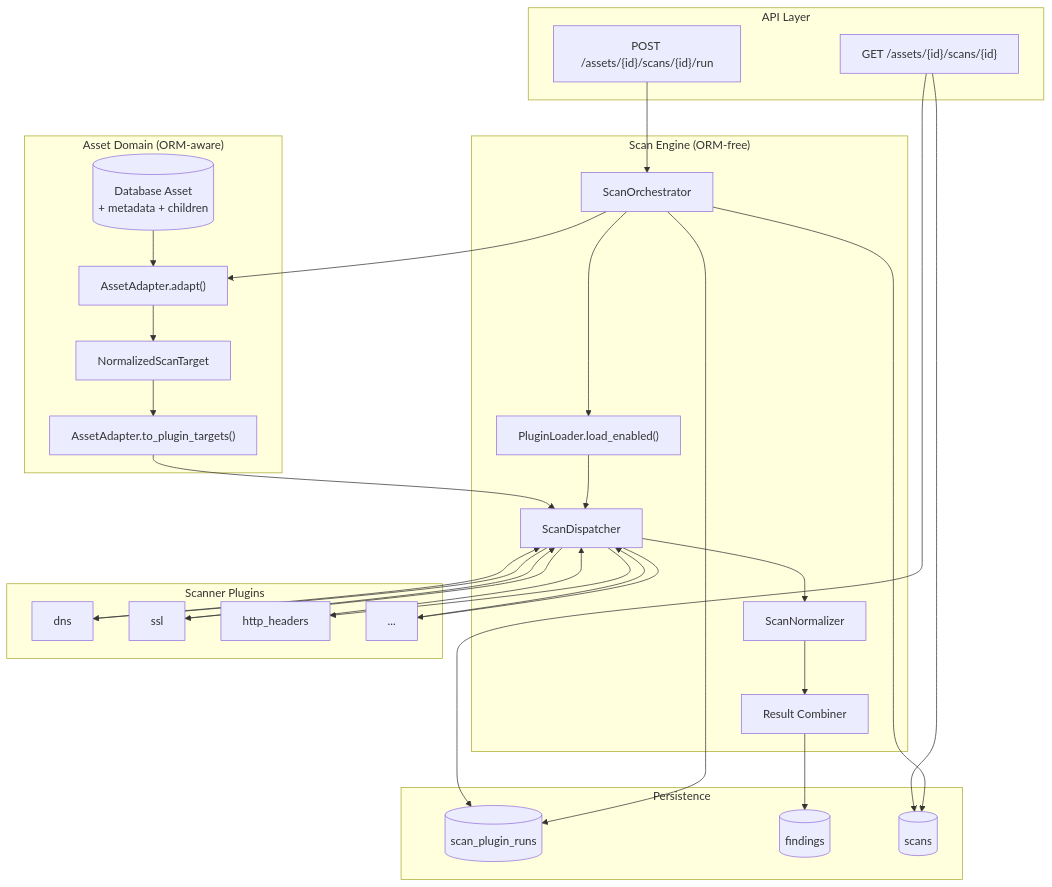
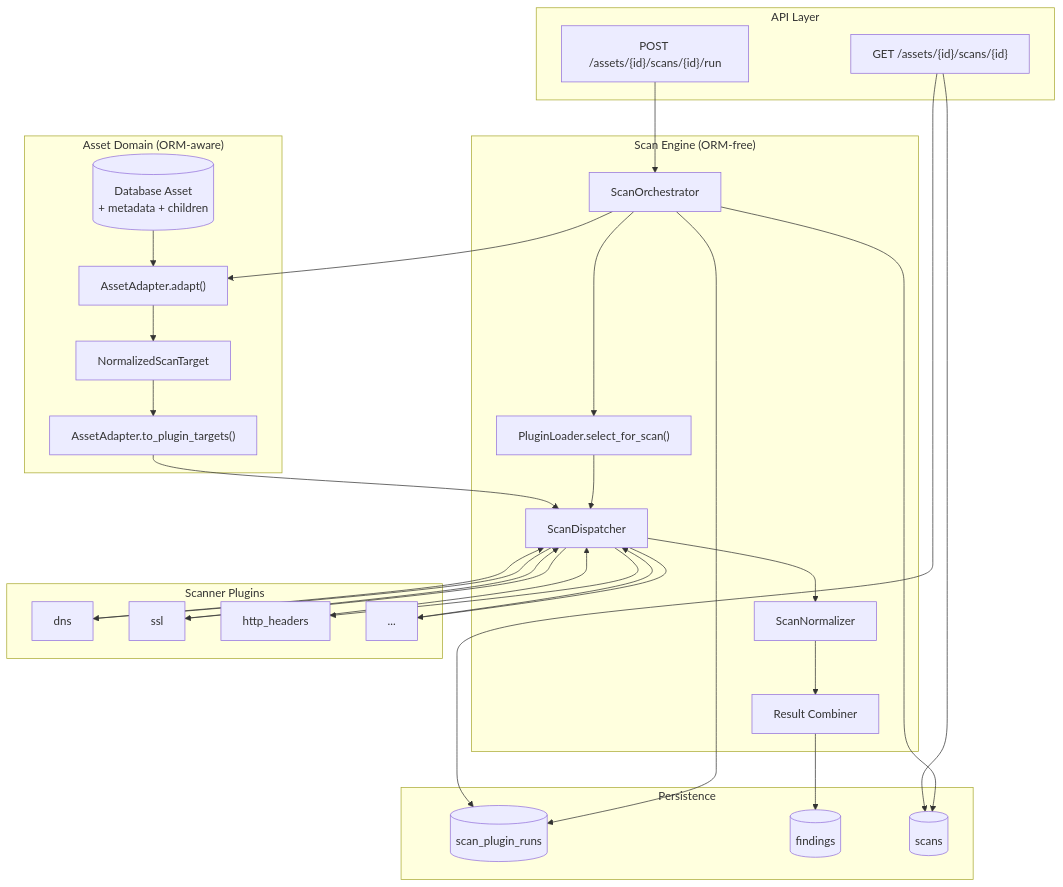
One commit to notjiji/Sandbox changed the first of 6 diagrams in docs/scan-engine.md. Above: the diagram before and after it, drawn with Mermaid. The commit also changed other lines of this file and 15 other files, not shown here.

````diff
--- a/docs/scan-engine.md
+++ b/docs/scan-engine.md
@@ -37,49 +37,49 @@
 ```mermaid
 flowchart TB
     subgraph API["API Layer"]
         RUN["POST /assets/{id}/scans/{id}/run"]
         GET["GET /assets/{id}/scans/{id}"]
     end
 
     subgraph AssetDomain["Asset Domain (ORM-aware)"]
         DB[("Database Asset\n+ metadata + children")]
         ADAPT["AssetAdapter.adapt()"]
         NORM["NormalizedScanTarget"]
         FLAT["AssetAdapter.to_plugin_targets()"]
     end
 
     subgraph ScanEngine["Scan Engine (ORM-free)"]
         ORCH["ScanOrchestrator"]
-        LOAD["PluginLoader.load_enabled()"]
+        LOAD["PluginLoader.select_for_scan()"]
         DISP["ScanDispatcher"]
         NORMF["ScanNormalizer"]
         COMB["Result Combiner"]
     end
 
     subgraph Plugins["Scanner Plugins"]
         P1["dns"]
         P2["ssl"]
         P3["http_headers"]
         P4["..."]
     end
 
     subgraph Persistence["Persistence"]
         SPR[("scan_plugin_runs")]
         FIND[("findings")]
         SCAN[("scans")]
     end
 
     RUN --> ORCH
     ORCH --> ADAPT
     DB --> ADAPT --> NORM --> FLAT
     ORCH --> LOAD
     LOAD --> DISP
     FLAT --> DISP
     DISP --> P1 & P2 & P3 & P4
     P1 & P2 & P3 & P4 --> DISP
     DISP --> NORMF --> COMB
     ORCH --> SPR
     COMB --> FIND
     ORCH --> SCAN
     GET --> SCAN & SPR
 ```
````
